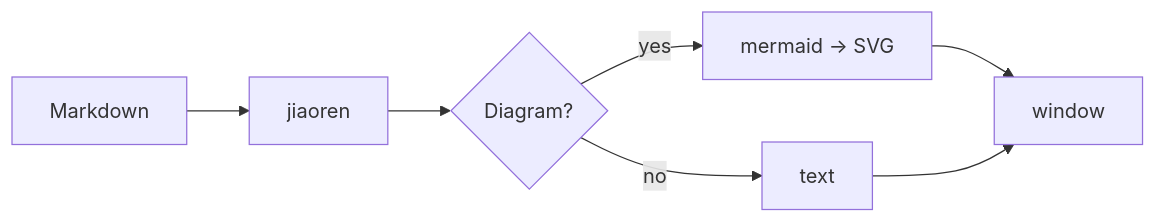
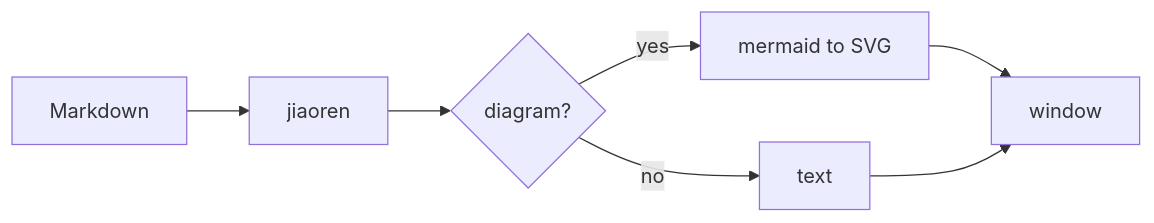
One commit to tirzasrwn/jiaoren changed the diagram in examples/demo.md. Above: the diagram before and after it, drawn with Mermaid. The commit also changed other lines of this file and 2 other files, not shown here.

````diff
--- a/examples/demo.md
+++ b/examples/demo.md
@@ -14,9 +35,9 @@
 ```mermaid
 flowchart LR
-    A[Markdown] --> B[jiaoren]
-    B --> C{Diagram?}
-    C -->|yes| D[mermaid -> SVG]
-    C -->|no| E[text]
-    D --> F[window]
-    E --> F
+    MD[Markdown] --> JR[jiaoren]
+    JR --> D{diagram?}
+    D -->|yes| SVG[mermaid to SVG]
+    D -->|no| TXT[text]
+    SVG --> W[window]
+    TXT --> W
 ```
````
